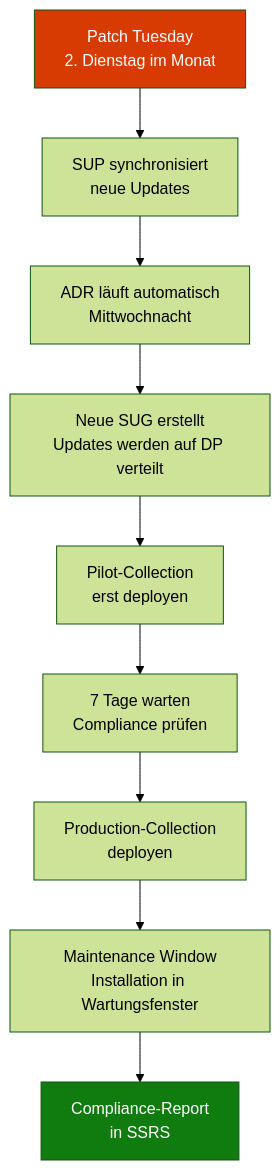
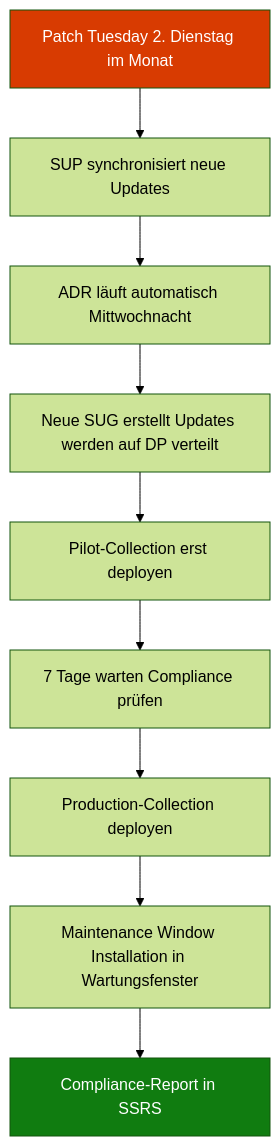
The third of 3 diagrams in Microsoft 365/System Center/MECM Patch Management.md (SoniiiT/notes-n-docs), drawn with Mermaid (forest theme) before and after one commit. The commit also changed other lines of this file and 124 other files, not shown here.

First line of the commit message:
fix: Entferne \n aus allen Mermaid-Diagrammen (125 Dateien)

````diff
--- a/Microsoft 365/System Center/MECM Patch Management.md
+++ b/Microsoft 365/System Center/MECM Patch Management.md
@@ -306,14 +306,14 @@
 ```mermaid
 flowchart TD
-    PT[Patch Tuesday\n2. Dienstag im Monat] --> SYNC[SUP synchronisiert\nneue Updates]
-    SYNC --> ADR[ADR läuft automatisch\nMittwochnacht]
-    ADR --> SUG[Neue SUG erstellt\nUpdates werden auf DP verteilt]
-    SUG --> PILOT[Pilot-Collection\nerst deployen]
-    PILOT --> WAIT[7 Tage warten\nCompliance prüfen]
-    WAIT --> PROD[Production-Collection\ndeployen]
-    PROD --> MW[Maintenance Window\nInstallation in Wartungsfenster]
-    MW --> REPORT[Compliance-Report\nin SSRS]
+    PT[Patch Tuesday 2. Dienstag im Monat] --> SYNC[SUP synchronisiert neue Updates]
+    SYNC --> ADR[ADR läuft automatisch Mittwochnacht]
+    ADR --> SUG[Neue SUG erstellt Updates werden auf DP verteilt]
+    SUG --> PILOT[Pilot-Collection erst deployen]
+    PILOT --> WAIT[7 Tage warten Compliance prüfen]
+    WAIT --> PROD[Production-Collection deployen]
+    PROD --> MW[Maintenance Window Installation in Wartungsfenster]
+    MW --> REPORT[Compliance-Report in SSRS]
     
     style PT fill:#D83B01,color:#fff
     style REPORT fill:#107C10,color:#fff
 ```
````
